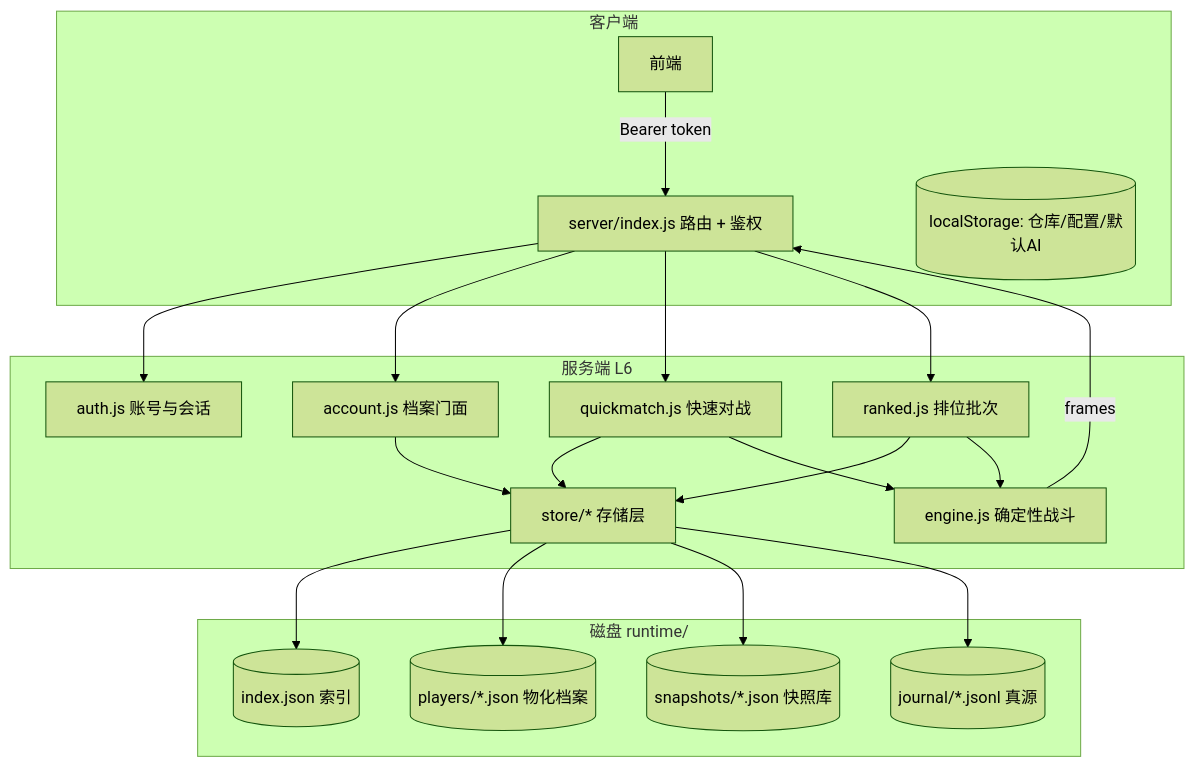
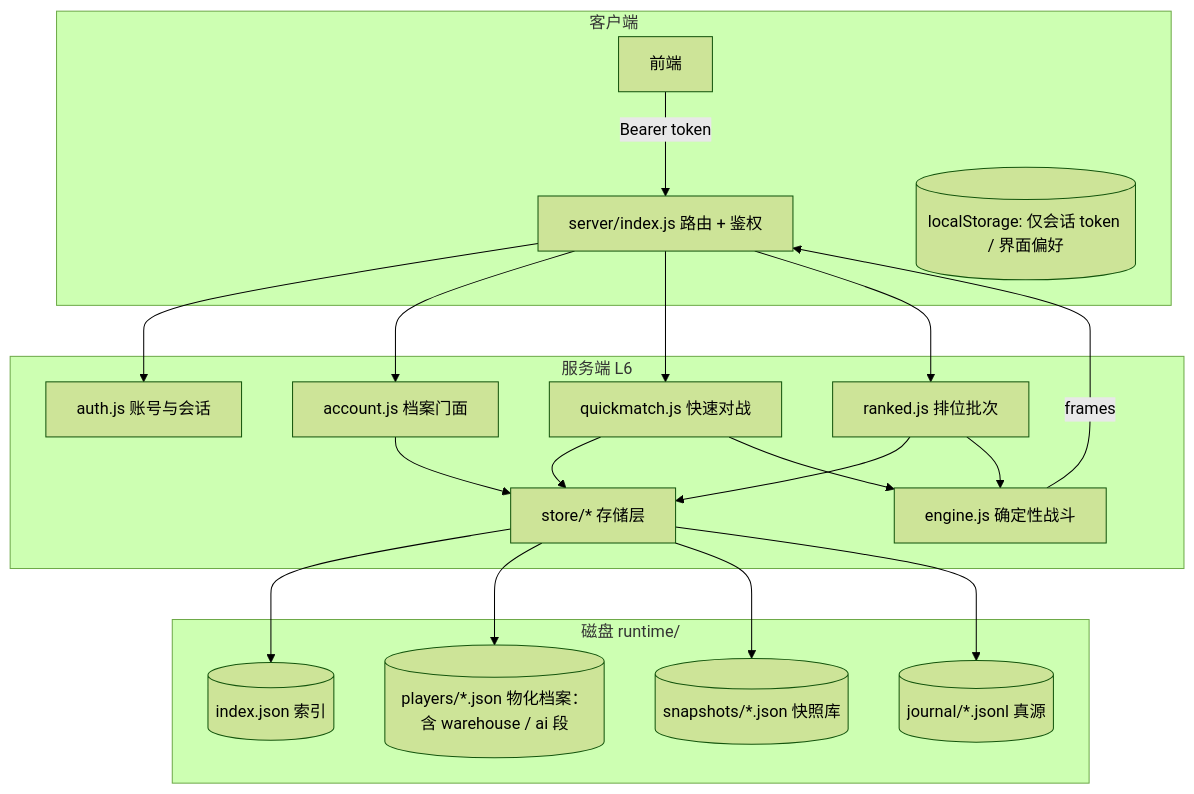
The diagram in docs/systems/11-account-store.md (Guocj12/Debug-lite), drawn with Mermaid (forest theme) before and after one commit. The commit also changed other lines of this file and 53 other files, not shown here.

````diff
--- a/docs/systems/11-account-store.md
+++ b/docs/systems/11-account-store.md
@@ -150,25 +164,25 @@
 ```mermaid
 flowchart TB
     subgraph 客户端
         UI[前端] -->|Bearer token| API
-        LS[(localStorage: 仓库/配置/默认AI)]
+        LS[(localStorage: 仅会话 token / 界面偏好)]
     end
     subgraph 服务端 L6
         API[server/index.js 路由 + 鉴权] --> AUTH[auth.js 账号与会话]
         API --> ACC[account.js 档案门面]
         API --> QM[quickmatch.js 快速对战]
         API --> RK[ranked.js 排位批次]
         ACC --> ST[store/* 存储层]
         QM --> ST
         RK --> ST
         RK --> ENG[engine.js 确定性战斗]
         QM --> ENG
         ENG -->|frames| API
     end
     subgraph 磁盘 runtime/
         ST --> IDX[(index.json 索引)]
-        ST --> PJ[(players/*.json 物化档案)]
+        ST --> PJ[(players/*.json 物化档案：含 warehouse / ai 段)]
         ST --> SS[(snapshots/*.json 快照库)]
         ST --> JN[(journal/*.jsonl 真源)]
     end
 ```
````
